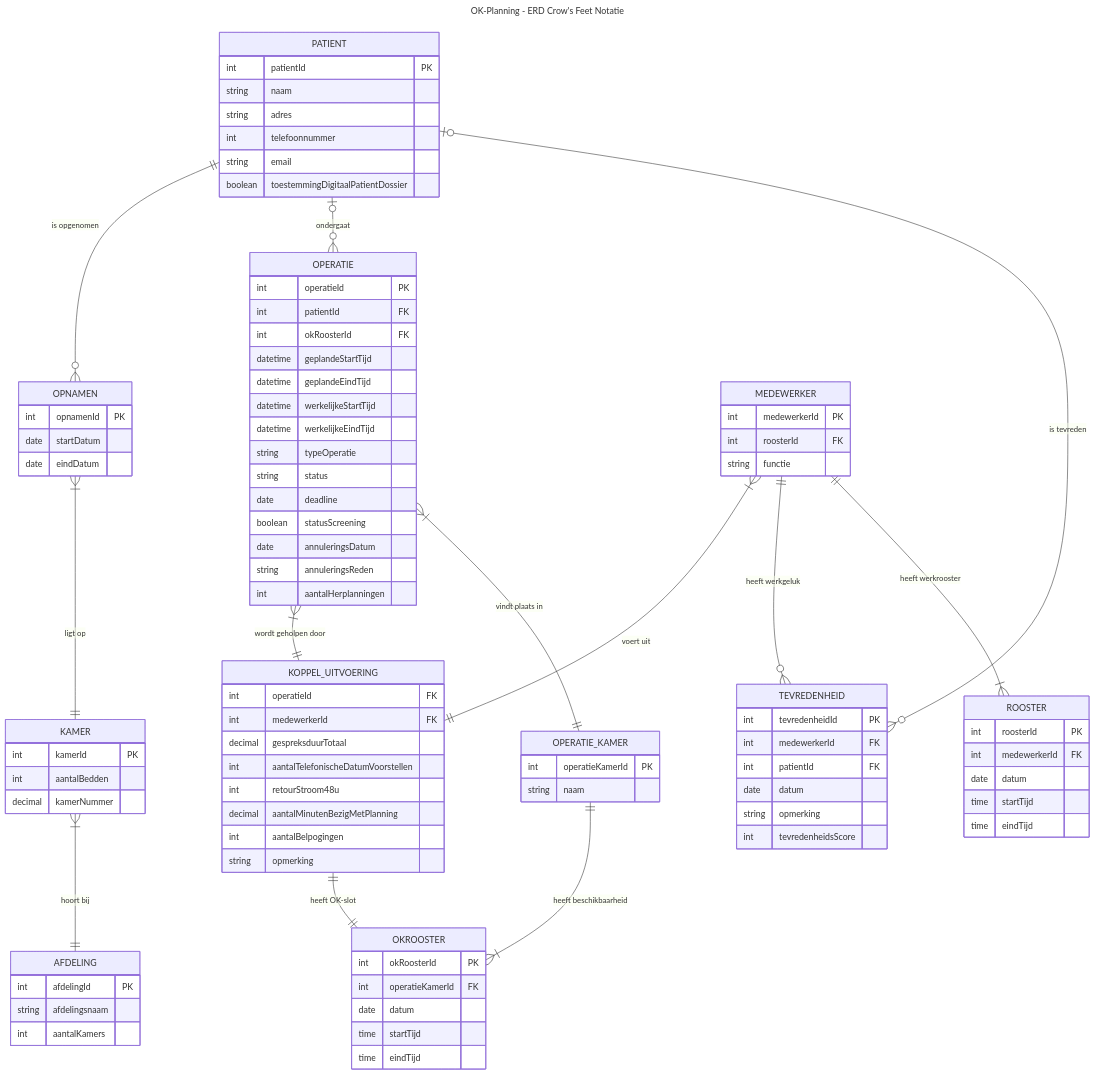
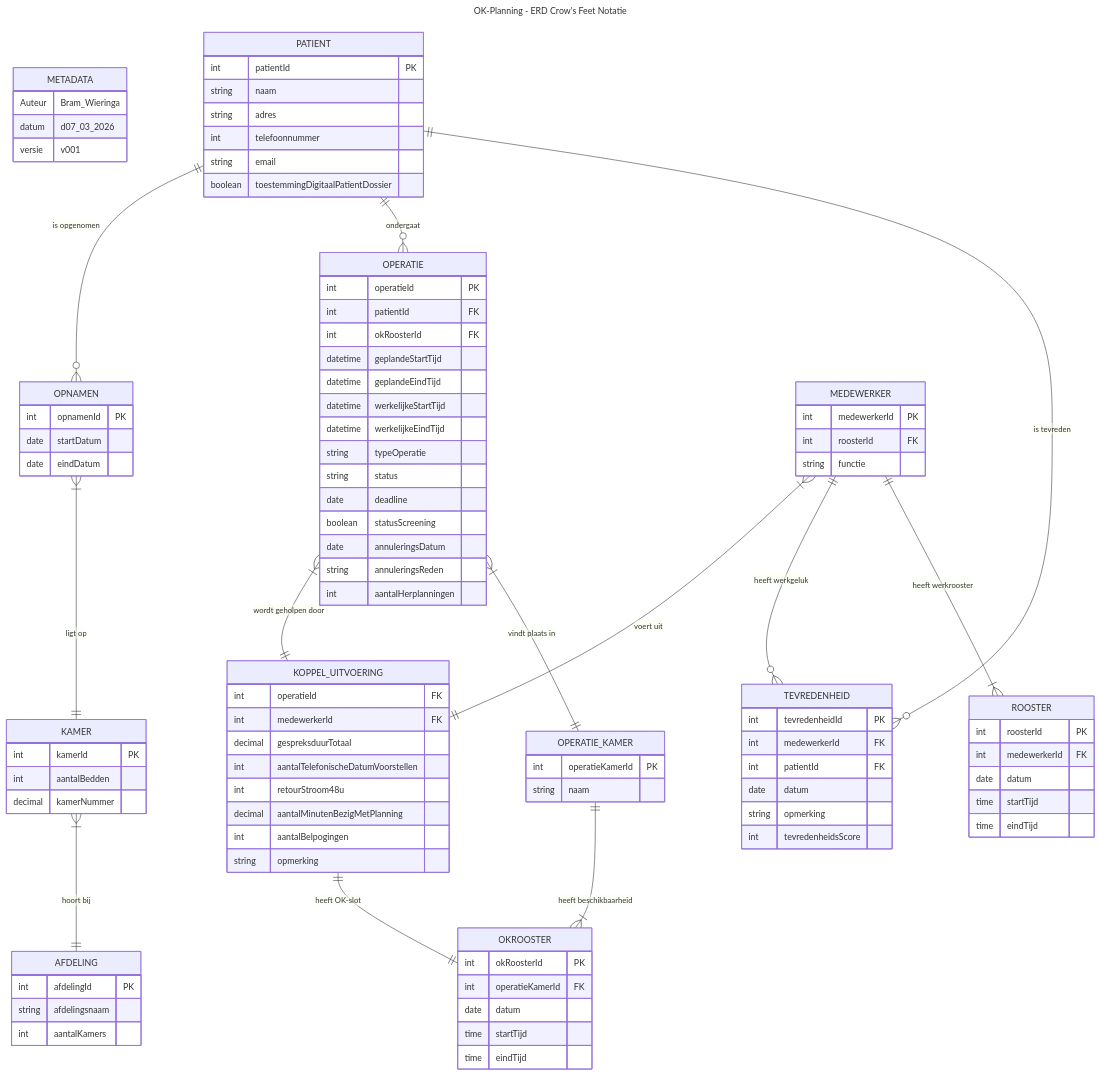
The diagram in Sem02/Challenge01/Analyse/ERD - Crow's Feet - OK-Planning.md (Boomstreek/StudieFontys), drawn with Mermaid before and after one commit. The commit also changed 3 other files, not shown here.

```diff
--- a/Sem02/Challenge01/Analyse/ERD - Crow's Feet - OK-Planning.md
+++ b/Sem02/Challenge01/Analyse/ERD - Crow's Feet - OK-Planning.md
@@ -3,16 +3,22 @@
 title: OK-Planning - ERD Crow's Feet Notatie
 ---
 erDiagram
+    METADATA {
+    Auteur Bram_Wieringa
+    datum d07_03_2026
+    versie v001
+    }
+    
     PATIENT ||--o{ OPNAMEN : "is opgenomen"
     OPNAMEN }|--|| KAMER : "ligt op"
     KAMER }|--|| AFDELING : "hoort bij"
     
-    PATIENT |o--o{ OPERATIE : ondergaat
+    PATIENT ||--o{ OPERATIE : ondergaat
     MEDEWERKER }|--|| KOPPEL_UITVOERING : "voert uit"
     OPERATIE }|--|| KOPPEL_UITVOERING : "wordt geholpen door"
     KOPPEL_UITVOERING ||--|| OKROOSTER : "heeft OK-slot"
     
-    PATIENT |o--o{ TEVREDENHEID : "is tevreden"
+    PATIENT ||--o{ TEVREDENHEID : "is tevreden"
     MEDEWERKER ||--o{ TEVREDENHEID : "heeft werkgeluk"
     
     MEDEWERKER ||--|{ ROOSTER : "heeft werkrooster"
```
